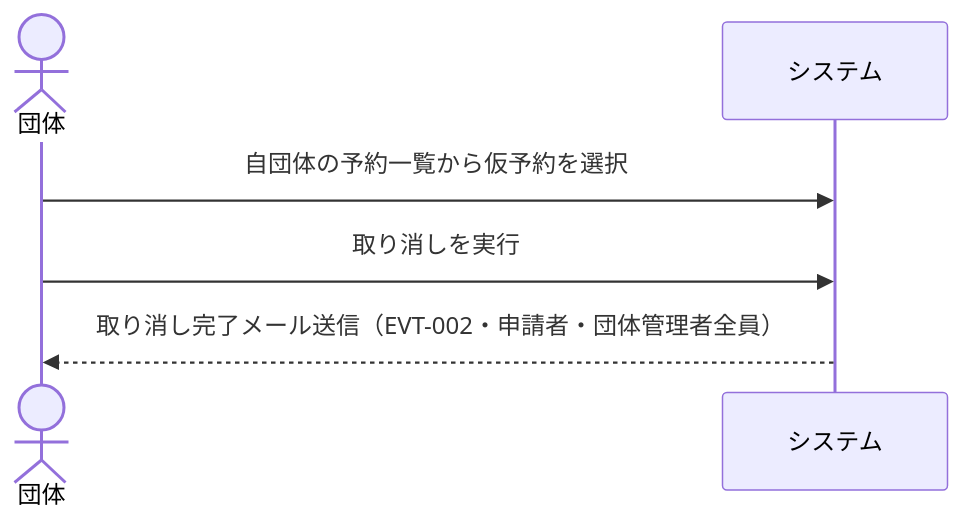
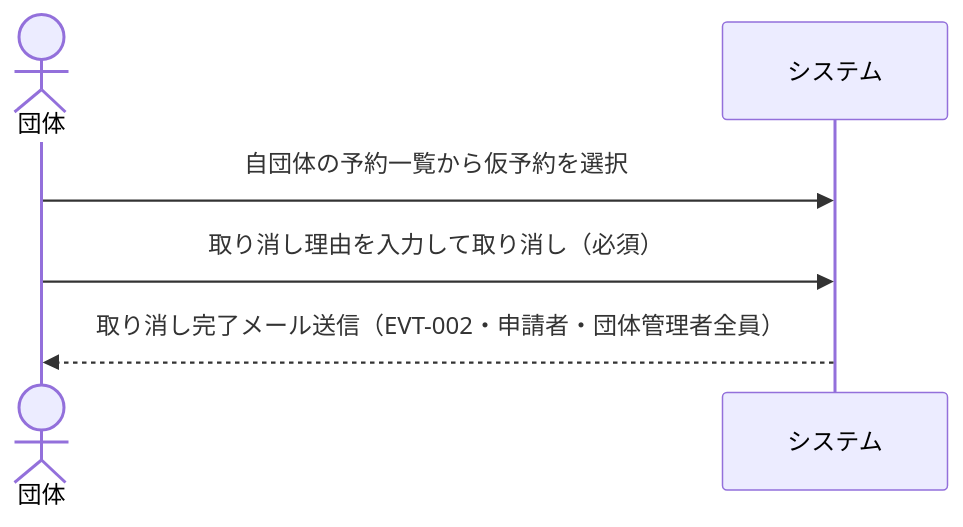
Before and after one commit to gdsc-osaka/iclub-reserve: the fourth of 8 diagrams in rdra/contexts/reservation-application.md, drawn with Mermaid. The commit also changed other lines of this file and 6 other files, not shown here.

````diff
--- a/rdra/contexts/reservation-application.md
+++ b/rdra/contexts/reservation-application.md
@@ -286,9 +286,9 @@
 ```mermaid
 sequenceDiagram
     actor 団体
     participant システム
 
     団体->>システム: 自団体の予約一覧から仮予約を選択
-    団体->>システム: 取り消しを実行
+    団体->>システム: 取り消し理由を入力して取り消し（必須）
     システム-->>団体: 取り消し完了メール送信（EVT-002・申請者・団体管理者全員）
 ```
````
